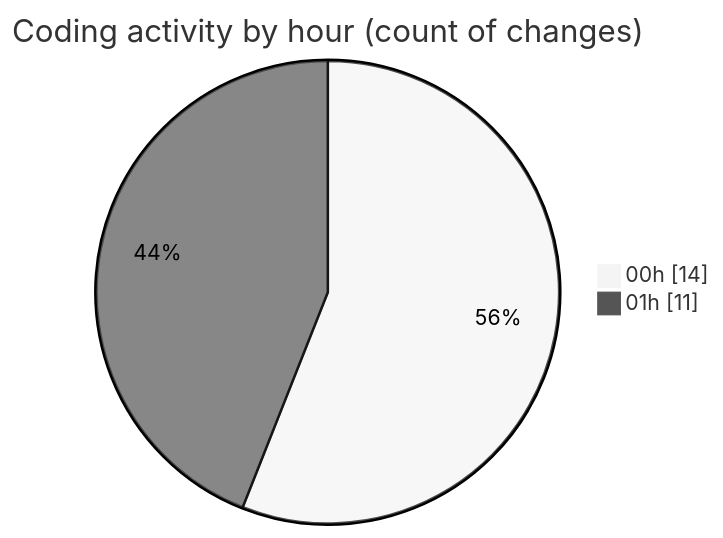
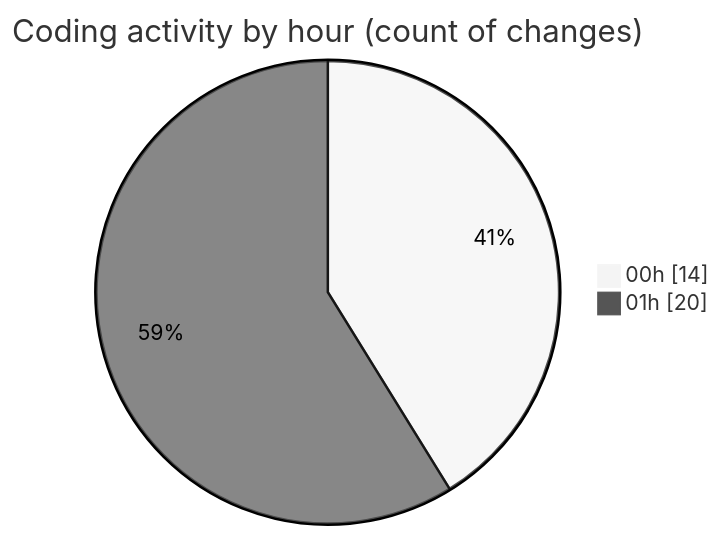
The second of 2 diagrams in 2025-01-11/good-pr/README.md (momahboobian/code-tracking), drawn with Mermaid (neutral theme) before and after one commit. The commit also changed other lines of this file and 1 other file, not shown here.

````diff
--- a/2025-01-11/good-pr/README.md
+++ b/2025-01-11/good-pr/README.md
@@ -43,6 +47,6 @@
 ```mermaid
 pie showData
 title Coding activity by hour (count of changes)
 "00h" : 14
-"01h" : 11
+"01h" : 20
 ```
````
